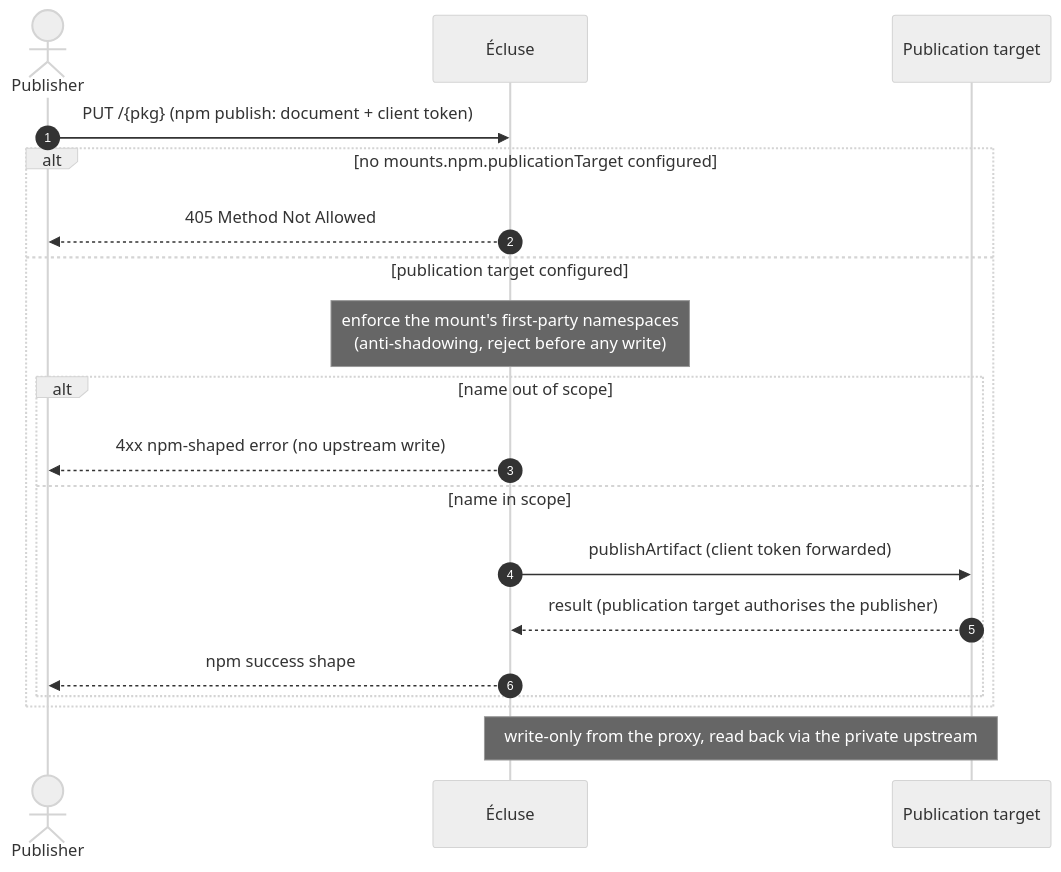
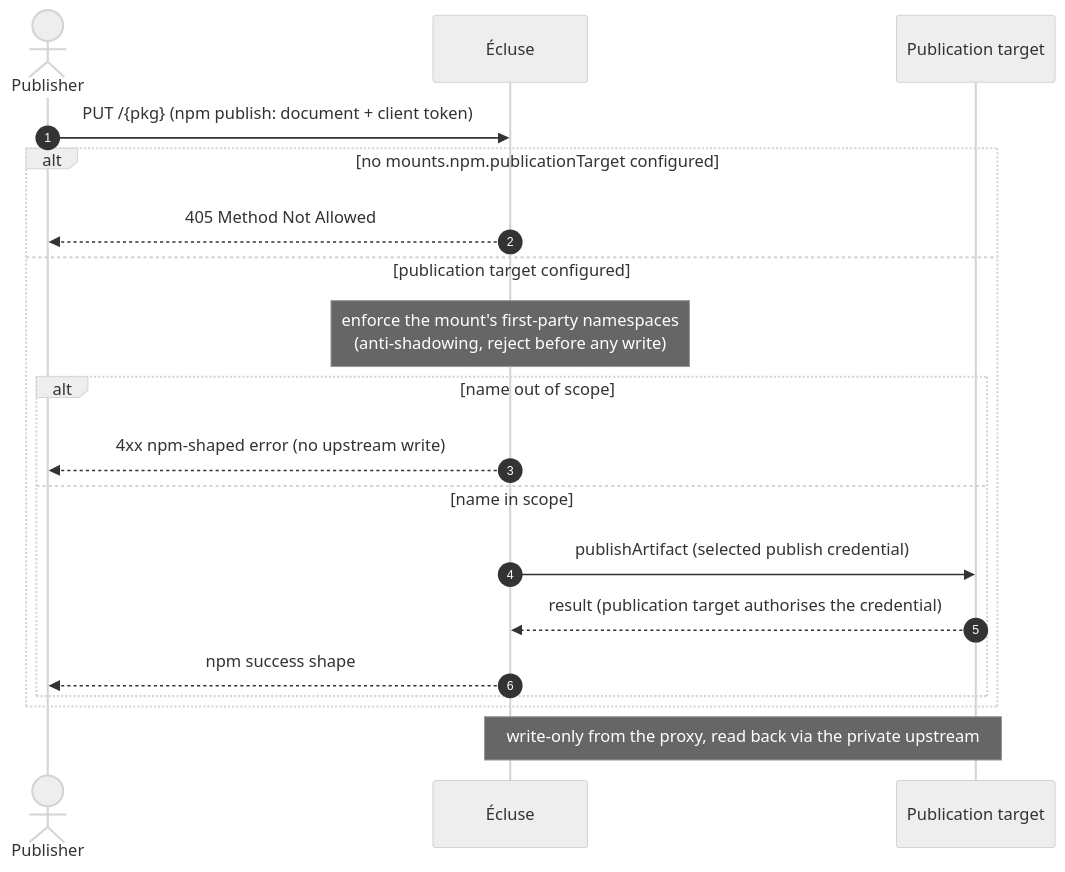
The first of 3 diagrams in docs/architecture/registry-model.md (AlexaDeWit/npm-secure-proxy), drawn with Mermaid (neutral theme) before and after one commit. The commit also changed other lines of this file and 7 other files, not shown here.

First line of the commit message:
fix(publish): substitute the static token after edge authentication (#1249)

````diff
--- a/docs/architecture/registry-model.md
+++ b/docs/architecture/registry-model.md
@@ -91,22 +92,22 @@
 ```mermaid
 sequenceDiagram
     autonumber
     actor Client as Publisher
     participant E as Écluse
     participant PubT as Publication target
 
     Client->>E: PUT /{pkg} (npm publish: document + client token)
     alt no mounts.npm.publicationTarget configured
         E-->>Client: 405 Method Not Allowed
     else publication target configured
         Note over E: enforce the mount's first-party namespaces<br/>(anti-shadowing, reject before any write)
         alt name out of scope
             E-->>Client: 4xx npm-shaped error (no upstream write)
         else name in scope
-            E->>PubT: publishArtifact (client token forwarded)
-            PubT-->>E: result (publication target authorises the publisher)
+            E->>PubT: publishArtifact (selected publish credential)
+            PubT-->>E: result (publication target authorises the credential)
             E-->>Client: npm success shape
         end
     end
     Note over E,PubT: write-only from the proxy, read back via the private upstream
 ```
````
